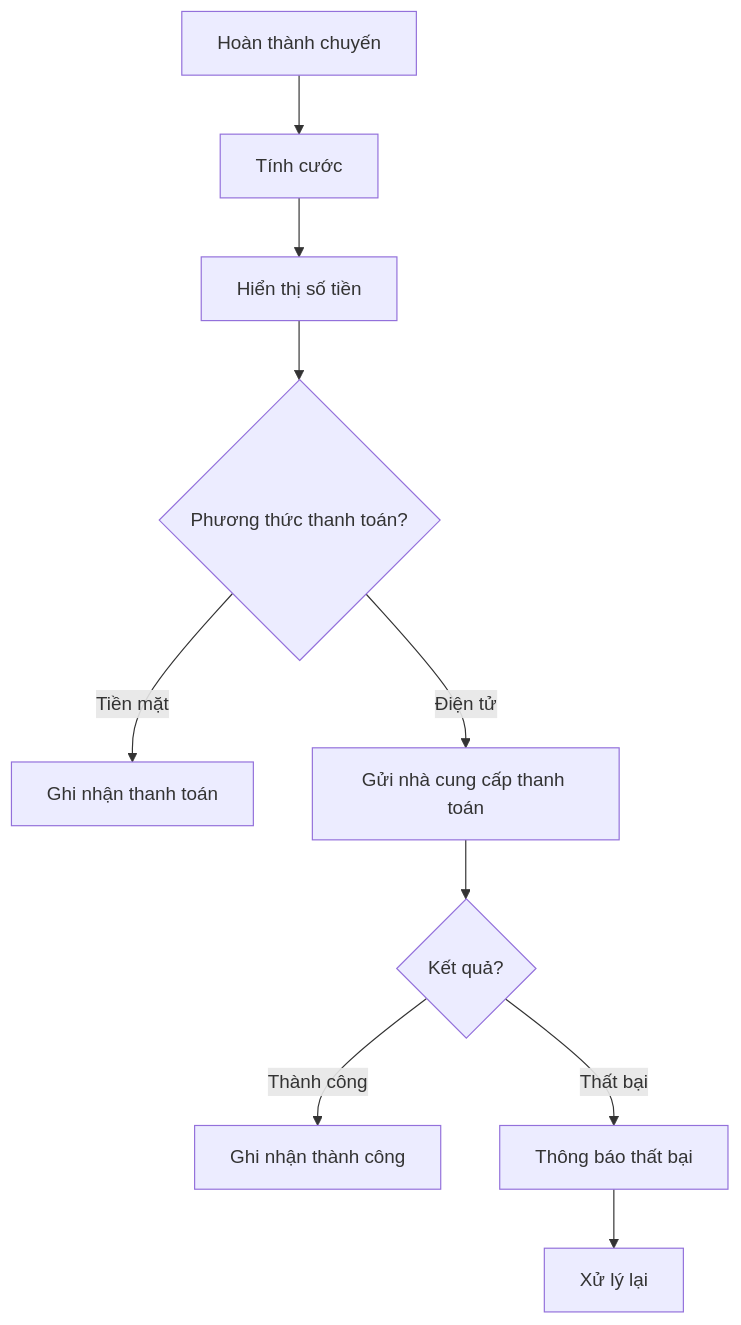
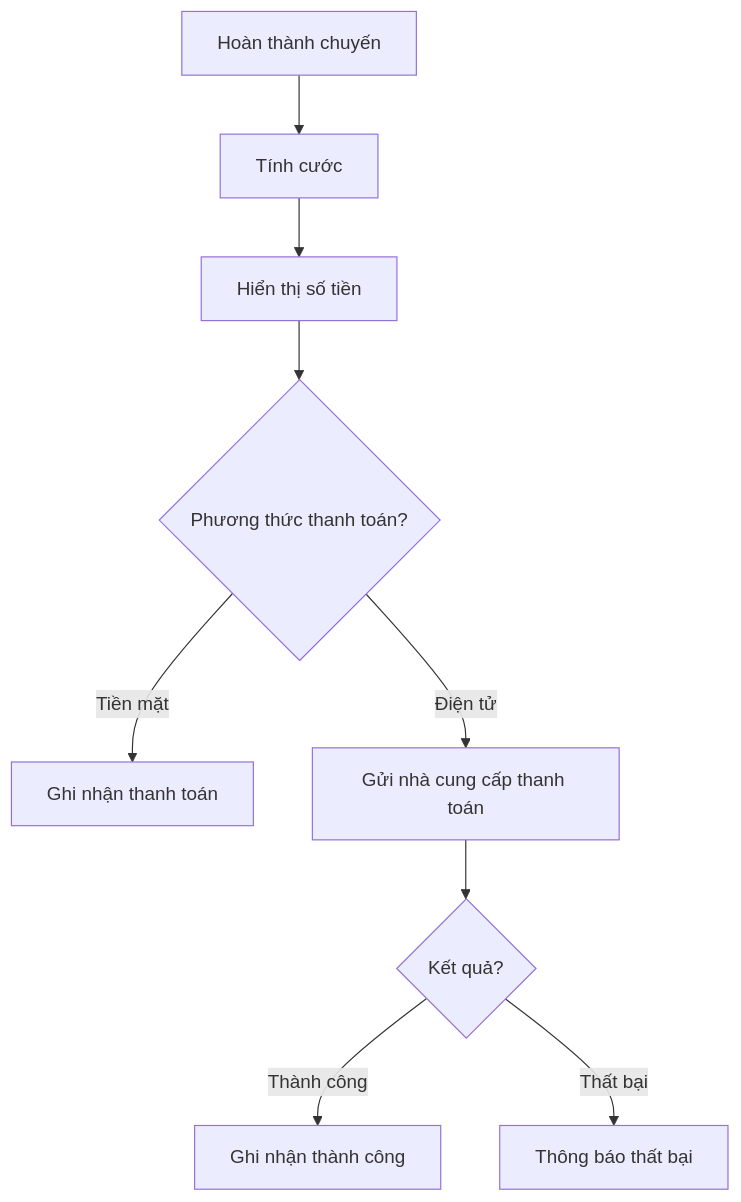
Before and after one commit to thuhien76685/23653331_TruongThiThuHien_CAB-System-: the fifth of 8 diagrams in README.md, drawn with Mermaid. The commit also changed other lines of this file, not shown here.

````diff
--- a/README.md
+++ b/README.md
@@ -553,12 +715,11 @@
 ```mermaid
 flowchart TD
     A["Hoàn thành chuyến"] --> B["Tính cước"]
     B --> C["Hiển thị số tiền"]
     C --> D{"Phương thức thanh toán?"}
     D -->|Tiền mặt| E["Ghi nhận thanh toán"]
     D -->|Điện tử| F["Gửi nhà cung cấp thanh toán"]
     F --> G{"Kết quả?"}
     G -->|Thành công| H["Ghi nhận thành công"]
     G -->|Thất bại| I["Thông báo thất bại"]
-    I --> J["Xử lý lại"]
 ```
````
